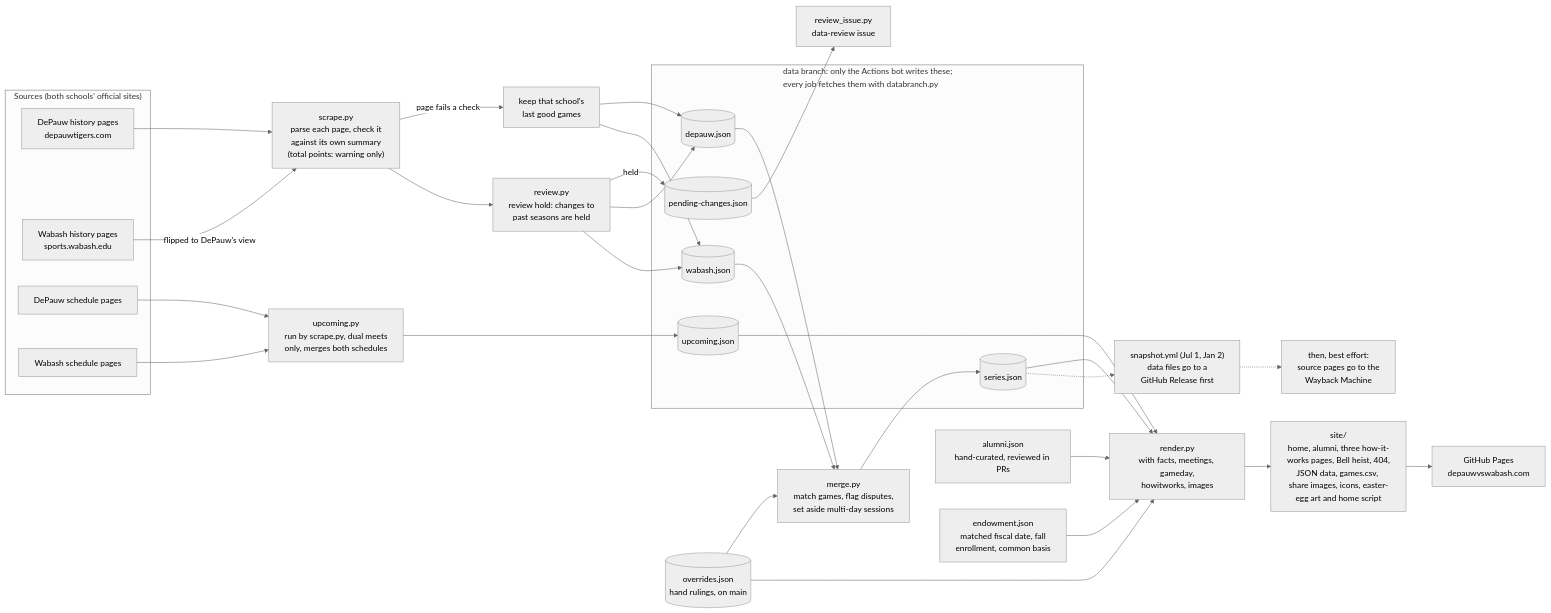
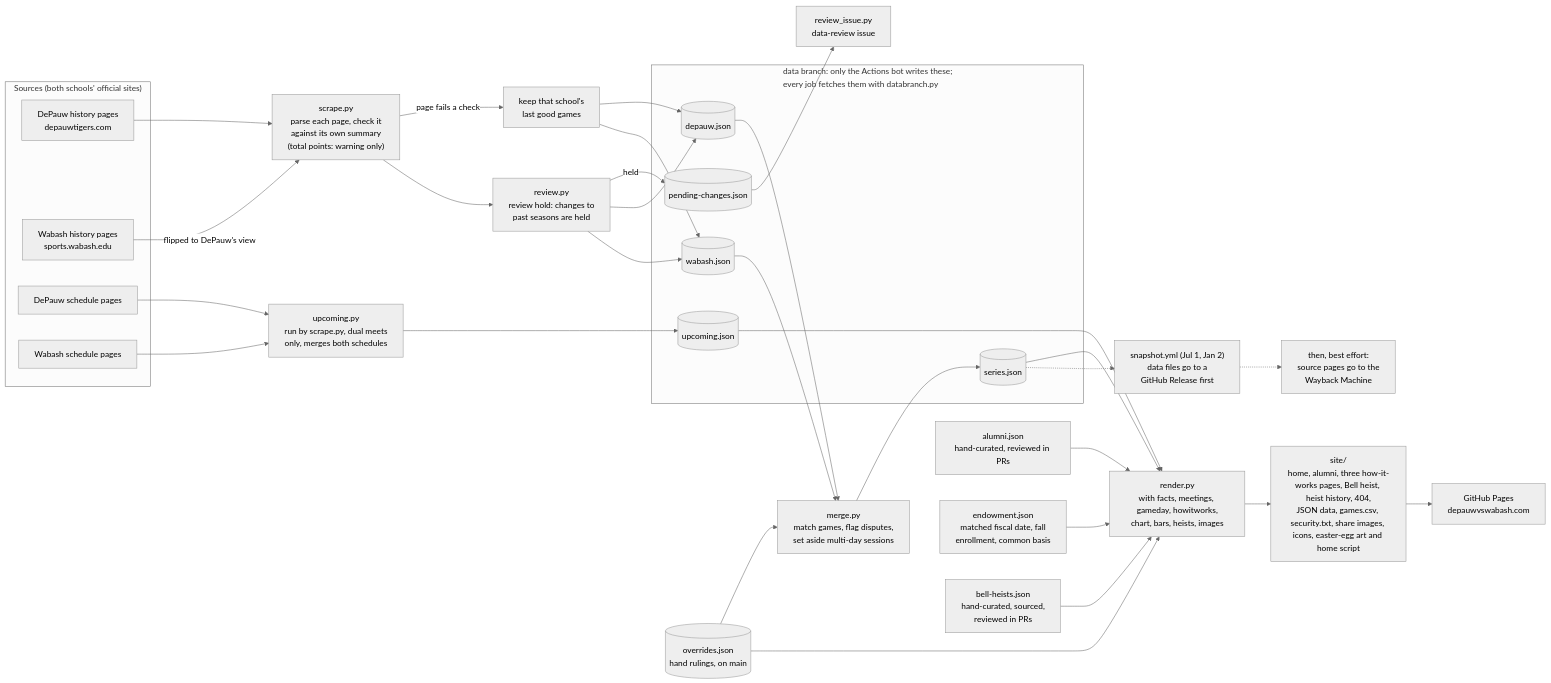
One commit to jacksonmote/DePauw-vs-Wabash-web changed the first of 3 diagrams in README.md. Above: the diagram before and after it, drawn with Mermaid (neutral theme). The commit also changed other lines of this file and 1 other file, not shown here.

First line of the commit message:
Docs audit: file map, data-flow diagram and scrape docstring brought up to date

````diff
--- a/README.md
+++ b/README.md
@@ -81,43 +81,44 @@
 ```mermaid
 flowchart LR
   subgraph SRC["Sources (both schools' official sites)"]
     DH["DePauw history pages<br/>depauwtigers.com"]
     WH["Wabash history pages<br/>sports.wabash.edu"]
     DS["DePauw schedule pages"]
     WS["Wabash schedule pages"]
   end
 
   DH --> P["scrape.py<br/>parse each page, check it<br/>against its own summary<br/>(total points: warning only)"]
   WH -- "flipped to DePauw's view" --> P
   P -- "page fails a check" --> K["keep that school's<br/>last good games"]
   P --> R["review.py<br/>review hold: changes to<br/>past seasons are held"]
   R -- "held" --> PC[("pending-changes.json")]
   PC --> RI["review_issue.py<br/>data-review issue"]
   R --> DJ[("depauw.json")]
   R --> WJ[("wabash.json")]
   K --> DJ
   K --> WJ
   DJ --> M["merge.py<br/>match games, flag disputes,<br/>set aside multi-day sessions"]
   WJ --> M
   OV[("overrides.json<br/>hand rulings, on main")] --> M
   M --> SJ[("series.json")]
   DS --> U["upcoming.py<br/>run by scrape.py, dual meets<br/>only, merges both schedules"]
   WS --> U
   U --> UJ[("upcoming.json")]
-  SJ --> RN["render.py<br/>with facts, meetings, gameday,<br/>howitworks, images"]
+  SJ --> RN["render.py<br/>with facts, meetings, gameday, howitworks,<br/>chart, bars, heists, images"]
   AL["alumni.json<br/>hand-curated, reviewed in PRs"] --> RN
   EN["endowment.json<br/>matched fiscal date, fall<br/>enrollment, common basis"] --> RN
+  HJ["bell-heists.json<br/>hand-curated, sourced,<br/>reviewed in PRs"] --> RN
   UJ --> RN
   OV --> RN
-  RN --> SITE["site/<br/>home, alumni, three how-it-works pages, Bell heist, 404,<br/>JSON data, games.csv, share images, icons, easter-egg art and home script"]
+  RN --> SITE["site/<br/>home, alumni, three how-it-works pages, Bell heist, heist history, 404,<br/>JSON data, games.csv, security.txt, share images, icons, easter-egg art and home script"]
   SITE --> GP["GitHub Pages<br/>depauwvswabash.com"]
   SJ -.-> SN["snapshot.yml (Jul 1, Jan 2)<br/>data files go to a<br/>GitHub Release first"]
   SN -.-> WB["then, best effort:<br/>source pages go to the<br/>Wayback Machine"]
   subgraph DB["data branch: only the Actions bot writes these;<br/>every job fetches them with databranch.py"]
     PC
     DJ
     WJ
     SJ
     UJ
   end
 ```
````
